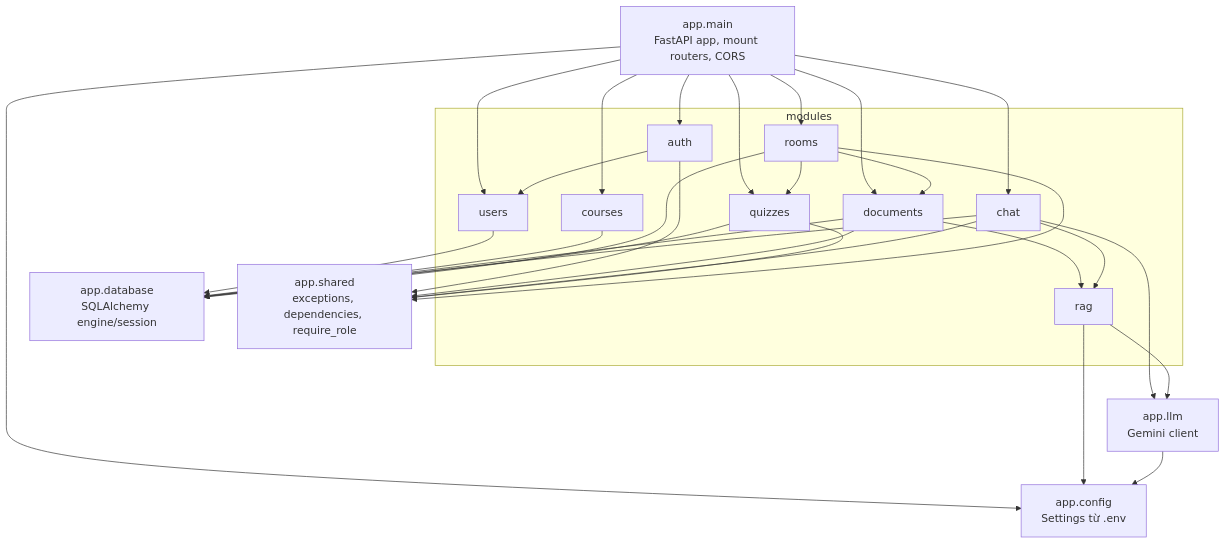
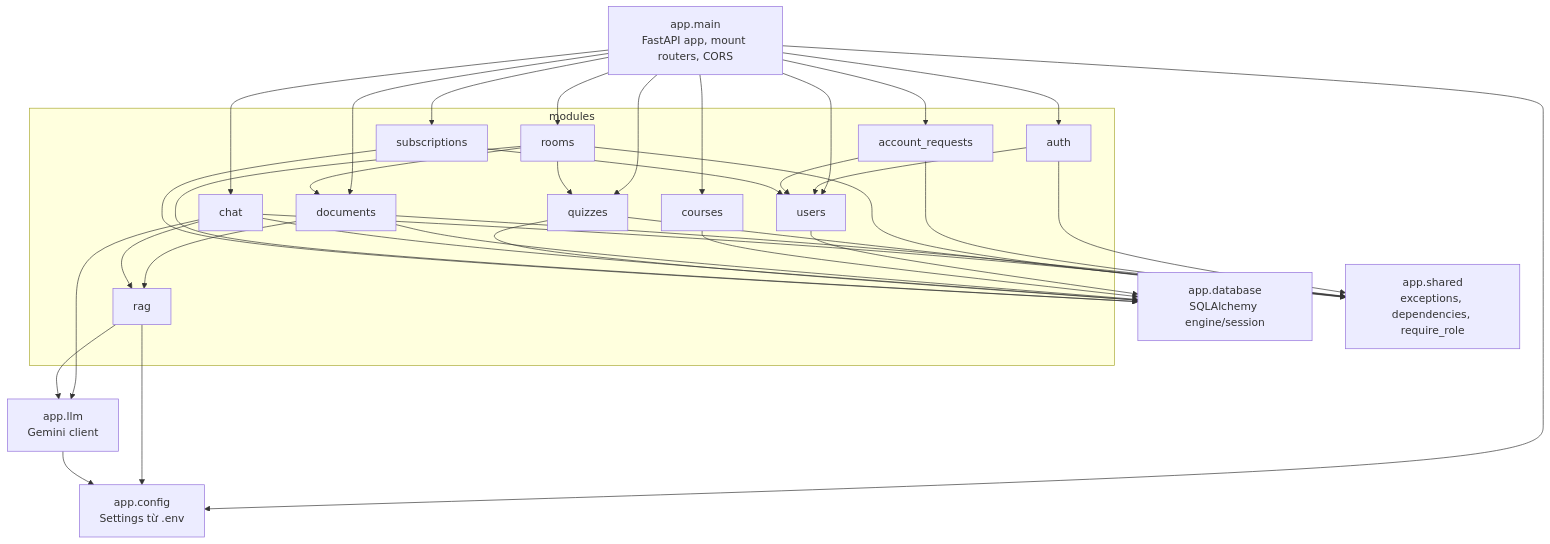
One commit to Scobydoo1/swd changed diagram 13 of 13 in docs/DESIGN.md. Above: the diagram before and after it, drawn with Mermaid. The commit also changed other lines of this file and 2 other files, not shown here.

First line of the commit message:
feat(account-requests): email báo Admin khi có yêu cầu tài khoản mới + cập nhật DESIGN

````diff
--- a/docs/DESIGN.md
+++ b/docs/DESIGN.md
@@ -617,42 +667,48 @@
 ```mermaid
 graph TD
     MAIN[app.main<br/>FastAPI app, mount routers, CORS]
     CONFIG[app.config<br/>Settings từ .env]
     DB[app.database<br/>SQLAlchemy engine/session]
     SHARED[app.shared<br/>exceptions, dependencies, require_role]
 
     subgraph modules
         AUTH[auth]
+        ACCRQ[account_requests]
         USERS[users]
         COURSES[courses]
         DOCUMENTS[documents]
         CHAT[chat]
         QUIZZES[quizzes]
         ROOMS[rooms]
+        SUBS[subscriptions]
         RAG[rag]
     end
     LLM[app.llm<br/>Gemini client]
 
-    MAIN --> AUTH & USERS & COURSES & DOCUMENTS & CHAT & QUIZZES & ROOMS
+    MAIN --> AUTH & ACCRQ & USERS & COURSES & DOCUMENTS & CHAT & QUIZZES & ROOMS & SUBS
     MAIN --> CONFIG
     AUTH --> USERS
     AUTH --> SHARED
+    ACCRQ --> USERS
+    ACCRQ --> SHARED
     USERS --> DB
     COURSES --> DB
     DOCUMENTS --> DB
     DOCUMENTS --> RAG
     DOCUMENTS --> SHARED
     CHAT --> DB
     CHAT --> RAG
     CHAT --> LLM
     CHAT --> SHARED
     QUIZZES --> DB
     QUIZZES --> SHARED
     ROOMS --> DB
     ROOMS --> QUIZZES
     ROOMS --> DOCUMENTS
     ROOMS --> SHARED
+    SUBS --> DB
+    SUBS --> USERS
     RAG --> LLM
     RAG --> CONFIG
     LLM --> CONFIG
 ```
````
